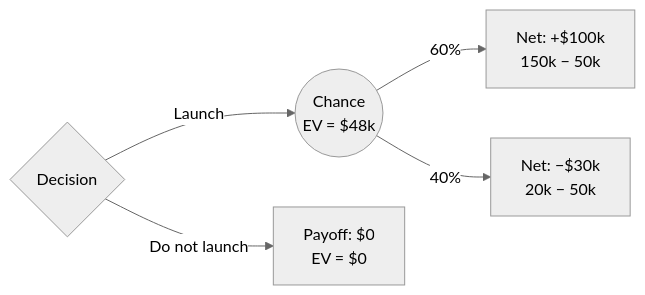
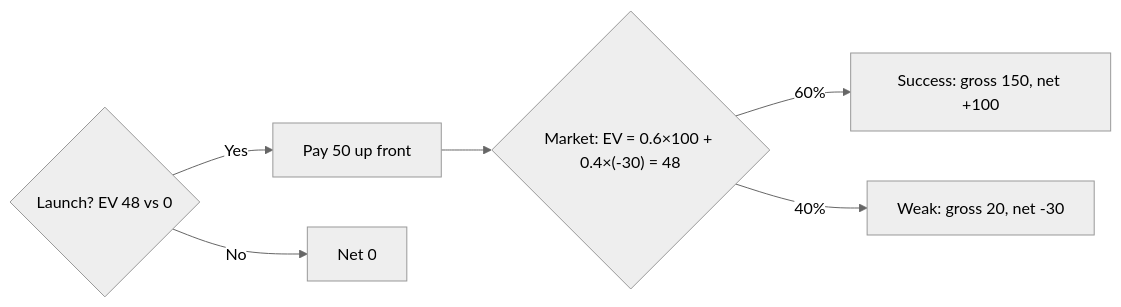
The diagram in eval/figure/generated/haiku/b-decision-tree.md (vrevolverrr/vicher), drawn with Mermaid (neutral theme) before and after one commit. The commit also changed other lines of this file and 145 other files, not shown here.

First line of the commit message:
fix(figure): renderer defects found in the figure rating (#14)

````diff
--- a/eval/figure/generated/haiku/b-decision-tree.md
+++ b/eval/figure/generated/haiku/b-decision-tree.md
@@ -5,7 +3,8 @@
 ```mermaid
 flowchart LR
-    D{Decision} -->|Launch| C(("Chance<br/>EV = $48k"))
-    D -->|Do not launch| N["Payoff: $0<br/>EV = $0"]
-    C -->|"60%"| H["Net: +$100k<br/>150k − 50k"]
-    C -->|"40%"| L["Net: −$30k<br/>20k − 50k"]
+    D{"Launch? EV 48 vs 0"} -->|Yes| C["Pay 50 up front"]
+    D -->|No| N["Net 0"]
+    C --> M{"Market: EV = 0.6×100 + 0.4×(-30) = 48"}
+    M -->|"60%"| S["Success: gross 150, net +100"]
+    M -->|"40%"| F["Weak: gross 20, net -30"]
 ```
````
